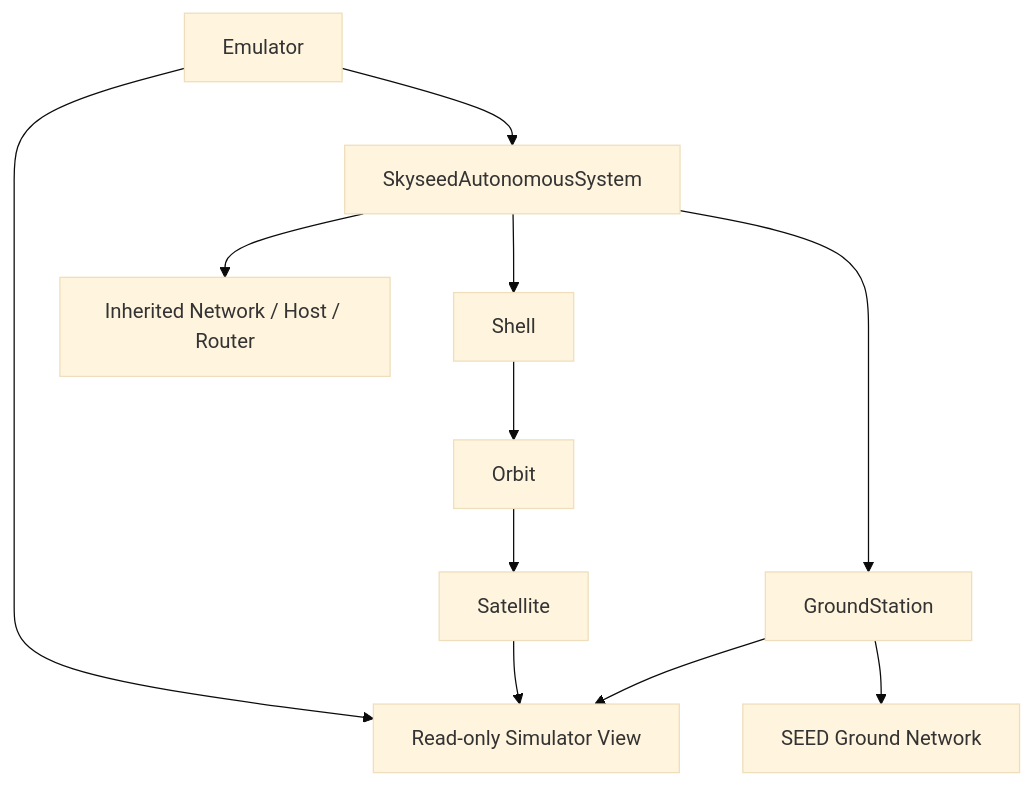
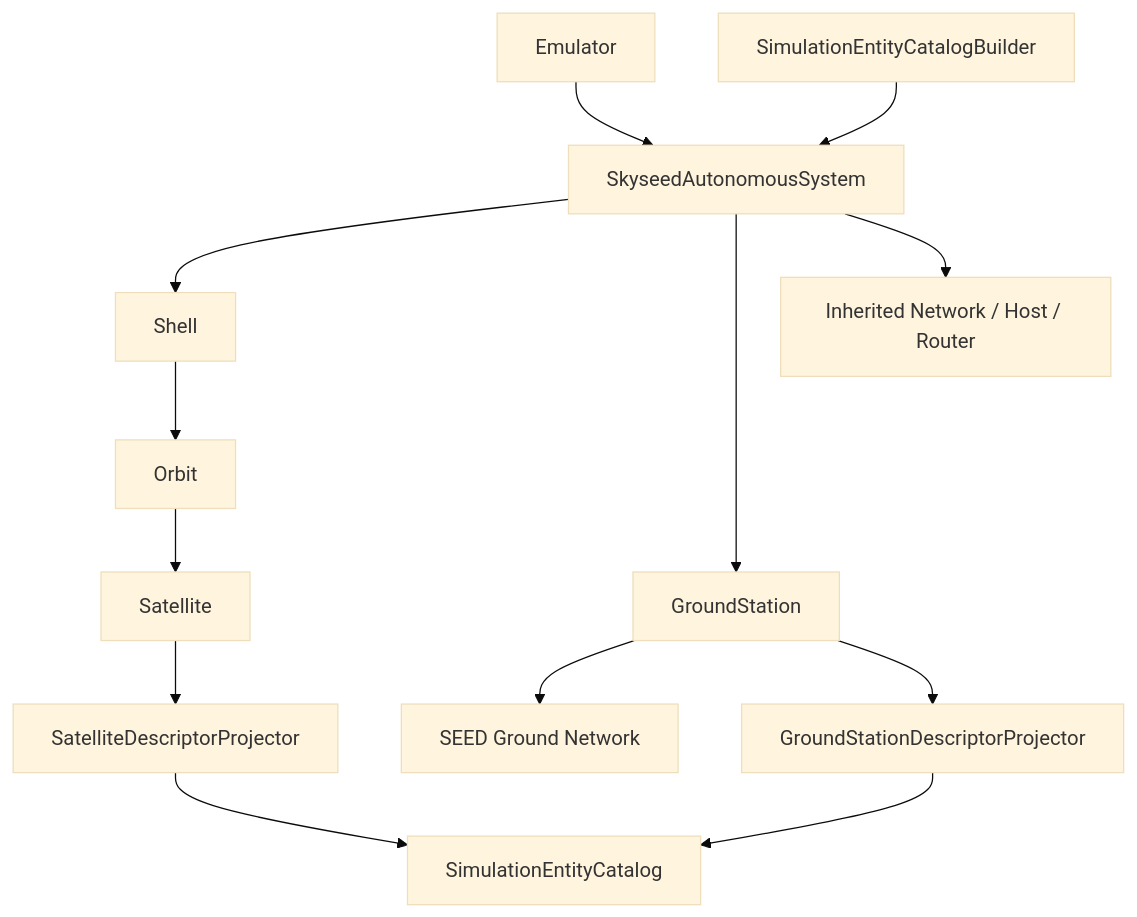
One commit to seed-labs/skyseed changed the fourth of 10 diagrams in skyseed_v2/docs/architecture/diagrams.md. Above: the diagram before and after it, drawn with Mermaid (base theme). The commit also changed other lines of this file and 15 other files, not shown here.

Commit message:
Complete static Emulator catalog and integration

````diff
--- a/skyseed_v2/docs/architecture/diagrams.md
+++ b/skyseed_v2/docs/architecture/diagrams.md
@@ -100,15 +100,17 @@
 ```mermaid
 flowchart TD
     Emulator --> SkyseedAS[SkyseedAutonomousSystem]
     SkyseedAS --> Shell
     Shell --> Orbit
     Orbit --> Satellite
 
     SkyseedAS --> GroundStation
     SkyseedAS --> StandardNode[Inherited Network / Host / Router]
     GroundStation --> GroundNetwork[SEED Ground Network]
 
-    Emulator --> ReadOnlyView[Read-only Simulator View]
-    Satellite --> ReadOnlyView
-    GroundStation --> ReadOnlyView
+    Builder[SimulationEntityCatalogBuilder] --> SkyseedAS
+    Satellite --> SatelliteProjector[SatelliteDescriptorProjector]
+    GroundStation --> GroundProjector[GroundStationDescriptorProjector]
+    SatelliteProjector --> Catalog[SimulationEntityCatalog]
+    GroundProjector --> Catalog
 ```
````
